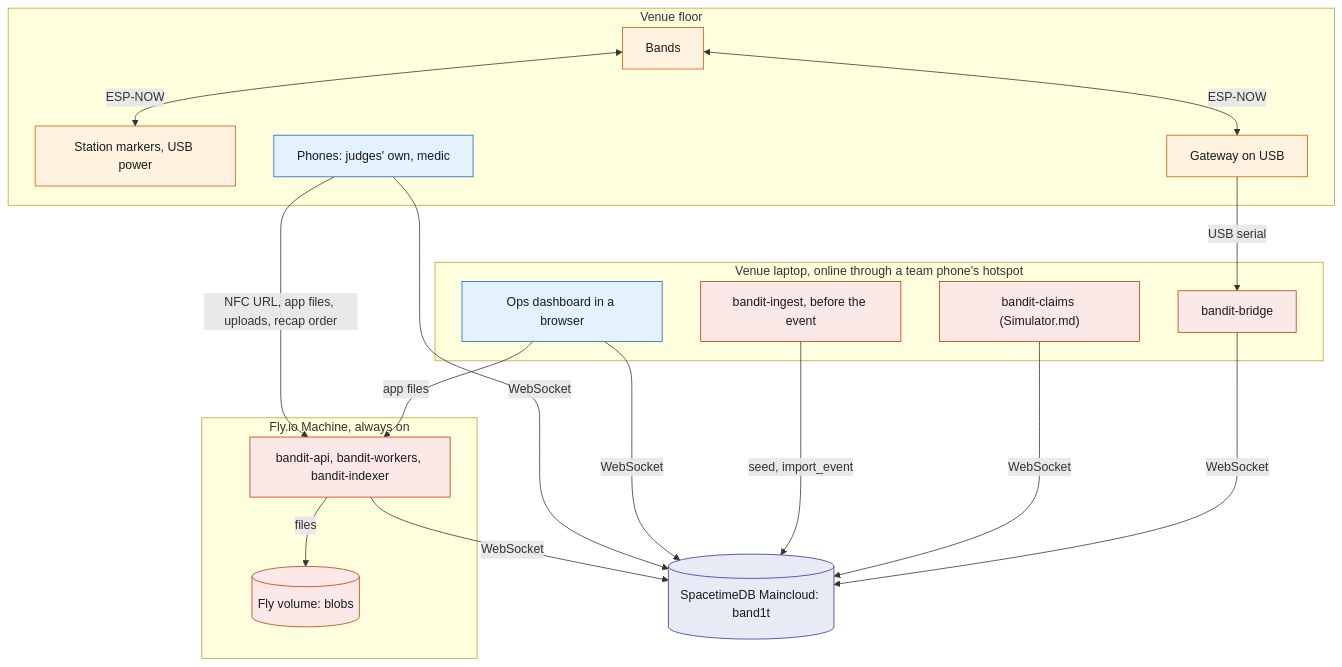
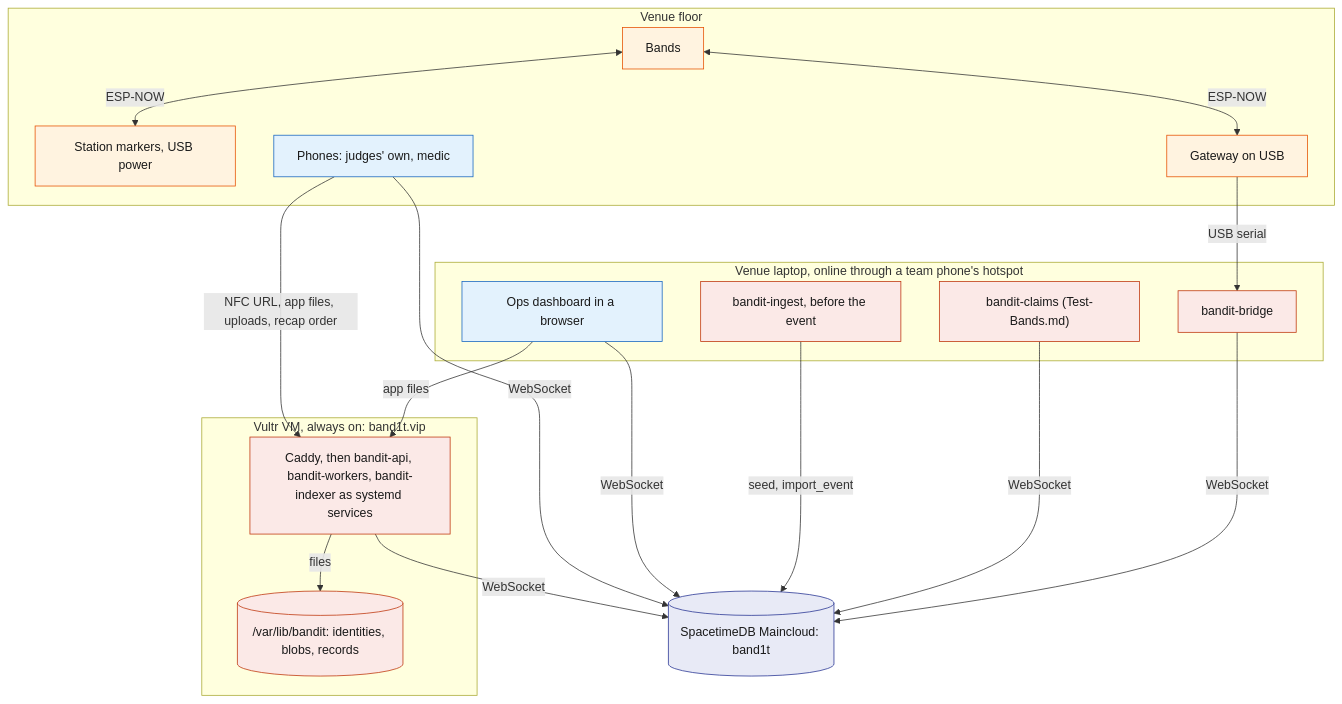
The fifth of 5 diagrams in System Design/1-overview/Architecture.md (viktorinkov/cal-hacks-13), drawn with Mermaid before and after one commit. The commit also changed other lines of this file and 22 other files, not shown here.

````diff
--- a/System Design/1-overview/Architecture.md
+++ b/System Design/1-overview/Architecture.md
@@ -278,42 +278,42 @@
 ```mermaid
 flowchart TB
   subgraph Floor["Venue floor"]
     Bands["Bands"]
     Stations["Station markers, USB power"]
     Gateway["Gateway on USB"]
     Phones["Phones: judges' own, medic"]
   end
   subgraph Laptop["Venue laptop, online through a team phone's hotspot"]
     Bridge["bandit-bridge"]
-    Sim["bandit-claims (Simulator.md)"]
+    Sim["bandit-claims (Test-Bands.md)"]
     Ingest["bandit-ingest, before the event"]
     OpsUI["Ops dashboard in a browser"]
   end
-  subgraph Fly["Fly.io Machine, always on"]
-    Svc["bandit-api, bandit-workers, bandit-indexer"]
-    Vol[("Fly volume: blobs")]
+  subgraph VM["Vultr VM, always on: band1t.vip"]
+    Svc["Caddy, then bandit-api, bandit-workers, bandit-indexer as systemd services"]
+    Vol[("/var/lib/bandit: identities, blobs, records")]
   end
   Maincloud[("SpacetimeDB Maincloud: band1t")]
 
   Bands <-->|"ESP-NOW"| Stations
   Bands <-->|"ESP-NOW"| Gateway
   Gateway -->|"USB serial"| Bridge
   Bridge -->|"WebSocket"| Maincloud
   Sim -->|"WebSocket"| Maincloud
   Ingest -->|"seed, import_event"| Maincloud
   OpsUI -->|"WebSocket"| Maincloud
   OpsUI -->|"app files"| Svc
   Phones -->|"NFC URL, app files, uploads, recap order"| Svc
   Phones -->|"WebSocket"| Maincloud
   Svc -->|"WebSocket"| Maincloud
   Svc -->|"files"| Vol
 
   classDef device fill:#FFF3E0,stroke:#E65100,color:#1A1A1A
   classDef rust fill:#FBE9E7,stroke:#BF360C,color:#1A1A1A
   classDef stdb fill:#E8EAF6,stroke:#283593,color:#1A1A1A
   classDef web fill:#E3F2FD,stroke:#1565C0,color:#1A1A1A
   class Bands,Stations,Gateway device
   class Bridge,Sim,Ingest,Svc,Vol rust
   class Maincloud stdb
   class Phones,OpsUI web
 ```
````
